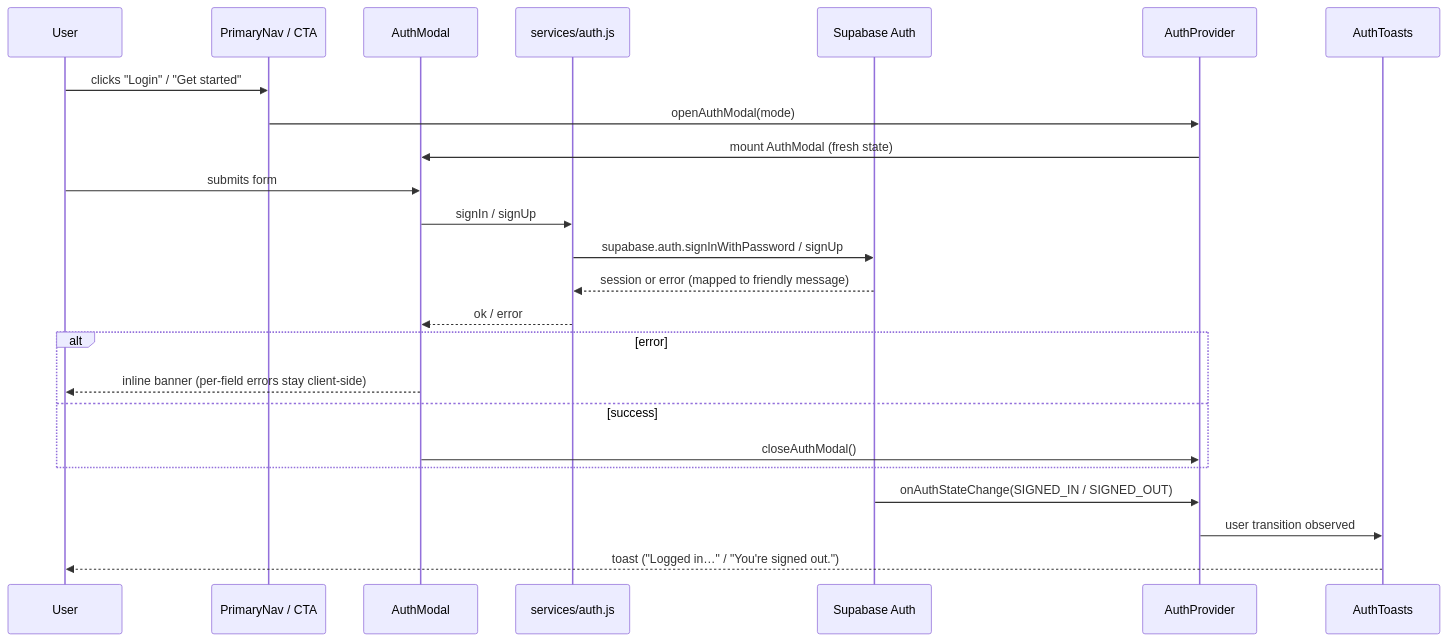
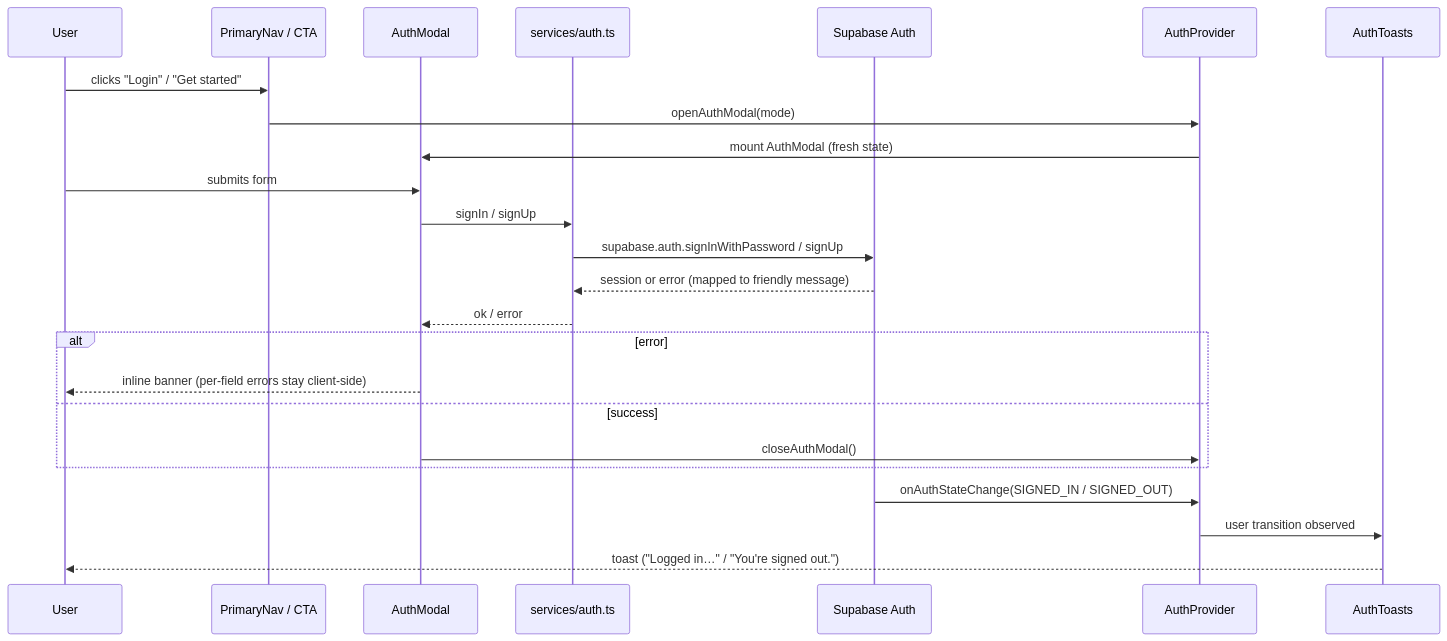
Before and after one commit to MizuReal/PalaySigla: the first of 6 diagrams in documentation/architecture.md, drawn with Mermaid. The commit also changed other lines of this file and 6 other files, not shown here.

````diff
--- a/documentation/architecture.md
+++ b/documentation/architecture.md
@@ -21,27 +21,27 @@
 ```mermaid
 sequenceDiagram
     participant U as User
     participant N as PrimaryNav / CTA
     participant M as AuthModal
-    participant S as services/auth.js
+    participant S as services/auth.ts
     participant SB as Supabase Auth
     participant P as AuthProvider
     participant T as AuthToasts
 
     U->>N: clicks "Login" / "Get started"
     N->>P: openAuthModal(mode)
     P->>M: mount AuthModal (fresh state)
     U->>M: submits form
     M->>S: signIn / signUp
     S->>SB: supabase.auth.signInWithPassword / signUp
     SB-->>S: session or error (mapped to friendly message)
     S-->>M: ok / error
     alt error
         M-->>U: inline banner (per-field errors stay client-side)
     else success
         M->>P: closeAuthModal()
     end
     SB->>P: onAuthStateChange(SIGNED_IN / SIGNED_OUT)
     P->>T: user transition observed
     T-->>U: toast ("Logged in…" / "You're signed out.")
 ```
````
